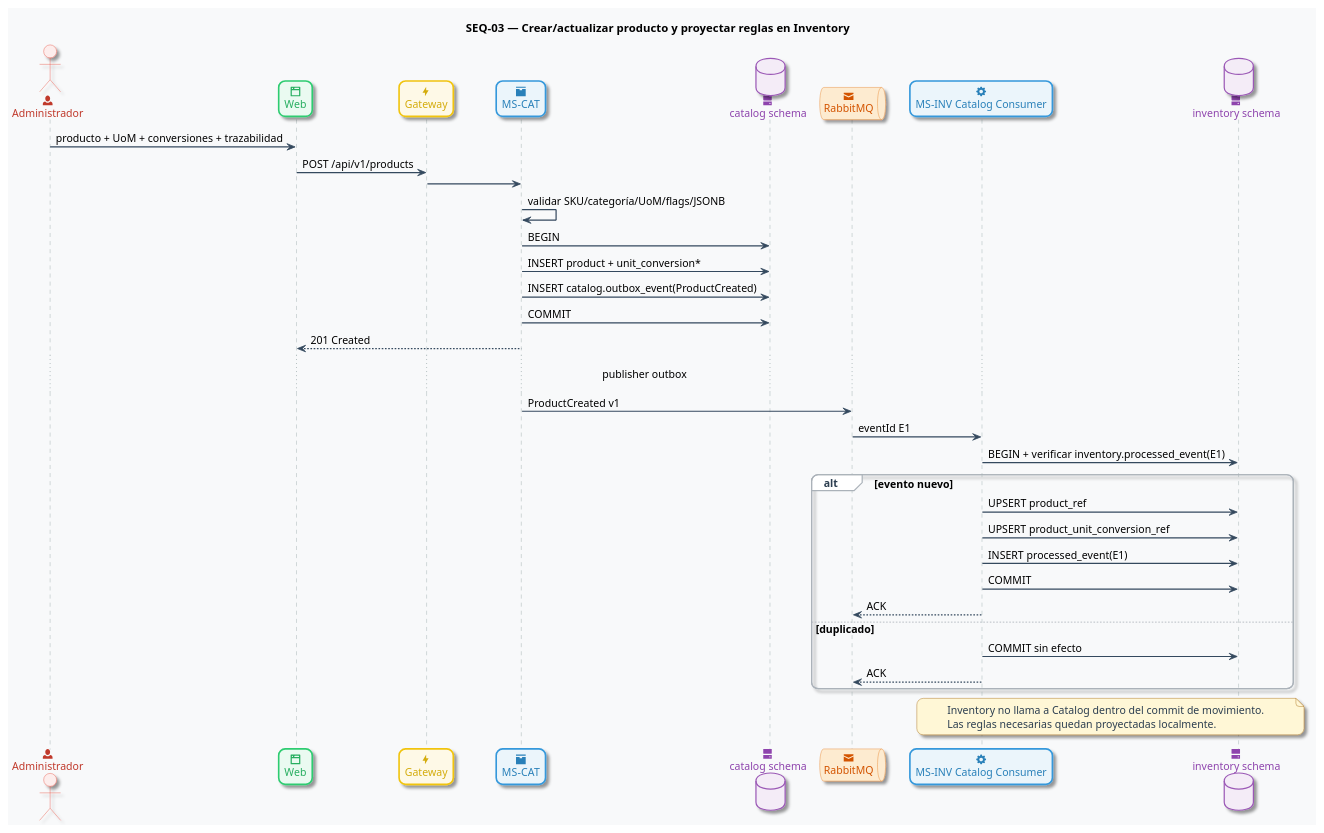
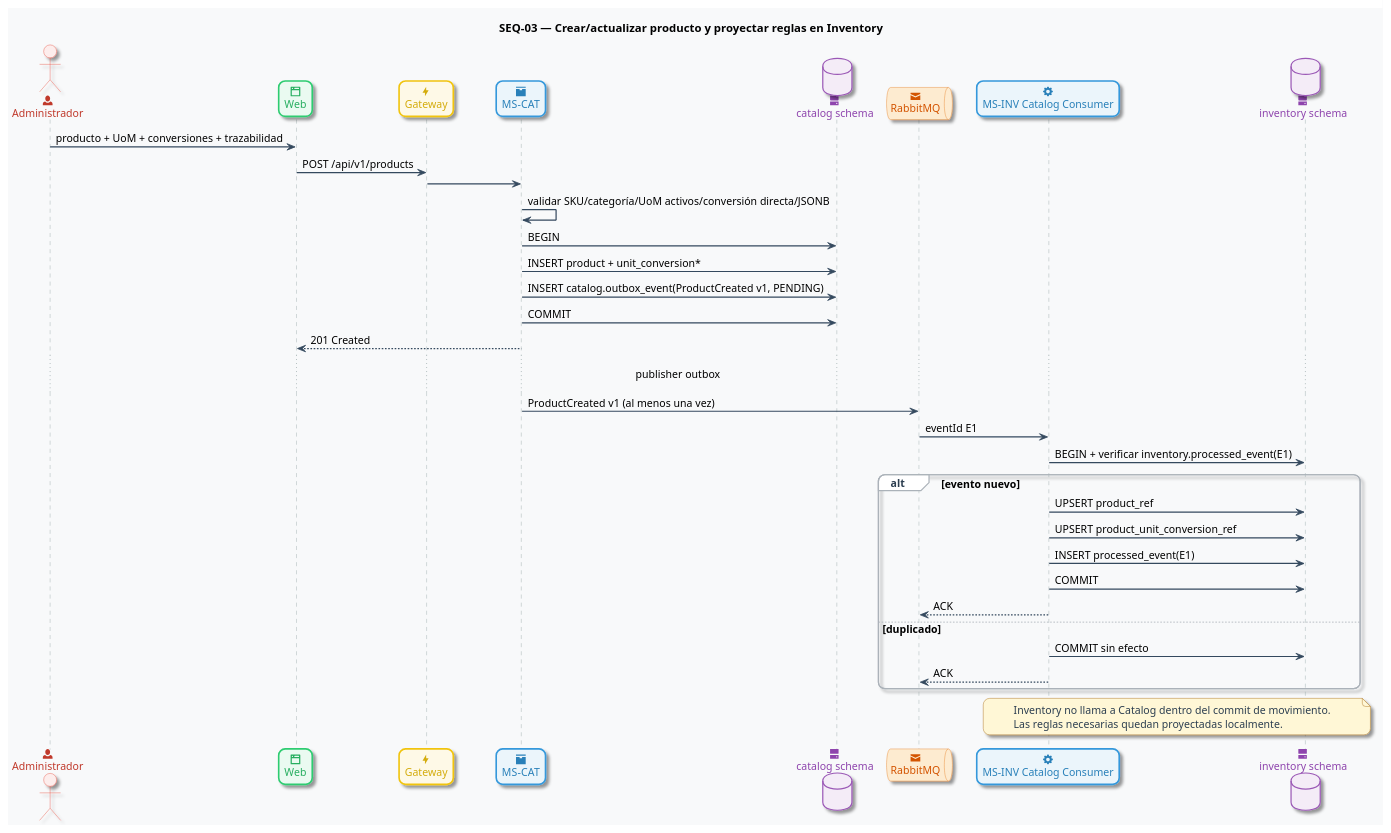
Before and after one commit to Emma3TC-main/siga-documentation: the diagram in SIGA_Documentacion_Tecnica_Final_v1.2/diagramas/secuencia/SEQ_03_Crear_Producto.puml, drawn with PlantUML. The commit also changed 11 other files, not shown here.

```diff
--- a/SIGA_Documentacion_Tecnica_Final_v1.2/diagramas/secuencia/SEQ_03_Crear_Producto.puml
+++ b/SIGA_Documentacion_Tecnica_Final_v1.2/diagramas/secuencia/SEQ_03_Crear_Producto.puml
@@ -1,106 +1,106 @@
 @startuml
 title SEQ-03 — Crear/actualizar producto y proyectar reglas en Inventory
 
 ' --- Configuración visual (Skinparams) Mejorada ---
 skinparam shadowing true
 skinparam roundcorner 16
 skinparam defaultFontName "Segoe UI", Helvetica, Arial, sans-serif
 skinparam defaultFontSize 13
 skinparam BackgroundColor #F8F9FA
 
 ' Ocultar las etiquetas de los estereotipos para mantener un diseño limpio
 hide stereotype
 
 ' --- Estilos base para Secuencia ---
 skinparam sequence {
   ArrowColor #34495E
   ArrowThickness 1.5
   LifeLineBorderColor #95A5A6
   LifeLineBackgroundColor #ECF0F1
   
   ParticipantBorderThickness 2
   ParticipantPadding 20
   
   ' Estilos de Grupos (alt/else)
   GroupHeaderFontColor #2C3E50
   GroupHeaderBackgroundColor #EAECEE
   GroupBorderColor #ABB2B9
   GroupBorderThickness 1.5
   GroupBackgroundColor #FFFFFF
 }
 
 ' --- Paleta de Colores Diferenciada por Componente ---
 skinparam actor {
   BackgroundColor<<User>> #FDEDEC
   BorderColor<<User>> #E74C3C
   FontColor<<User>> #C0392B
 }
 skinparam participant {
   BackgroundColor<<Client>> #EAFAF1
   BorderColor<<Client>> #2ECC71
   FontColor<<Client>> #27AE60
 
   BackgroundColor<<Gateway>> #FEF9E7
   BorderColor<<Gateway>> #F1C40F
   FontColor<<Gateway>> #D4AC0D
 
   BackgroundColor<<Microservice>> #EBF5FB
   BorderColor<<Microservice>> #3498DB
   FontColor<<Microservice>> #2980B9
 }
 skinparam database {
   BackgroundColor<<RDBMS>> #F4ECF7
   BorderColor<<RDBMS>> #9B59B6
   FontColor<<RDBMS>> #8E44AD
 }
 skinparam queue {
   BackgroundColor<<Queue>> #FDEBD0
   BorderColor<<Queue>> #E67E22
   FontColor<<Queue>> #D35400
 }
 skinparam note {
   BackgroundColor #FFF7D6
   BorderColor #A16207
   FontColor #2C3E50
 }
 
 ' --- Declaración de Participantes con Iconos y Estereotipos ---
 actor "<size:18><&person></size>\nAdministrador" as Administrador <<User>>
 participant "<size:18><&browser></size>\nWeb" as Web <<Client>>
 participant "<size:18><&bolt></size>\nGateway" as Gateway <<Gateway>>
 participant "<size:18><&box></size>\nMS-CAT" as CAT <<Microservice>>
 database "<size:18><&hard-drive></size>\ncatalog schema" as CDB <<RDBMS>>
 queue "<size:18><&envelope-closed></size>\nRabbitMQ" as RabbitMQ <<Queue>>
 participant "<size:18><&cog></size>\nMS-INV Catalog Consumer" as INV <<Microservice>>
 database "<size:18><&hard-drive></size>\ninventory schema" as IDB <<RDBMS>>
 
 ' --- Lógica y Contenido Original ---
 Administrador -> Web : producto + UoM + conversiones + trazabilidad
 Web -> Gateway : POST /api/v1/products
 Gateway -> CAT
-CAT -> CAT : validar SKU/categoría/UoM/flags/JSONB
+CAT -> CAT : validar SKU/categoría/UoM activos/conversión directa/JSONB
 CAT -> CDB : BEGIN
 CAT -> CDB : INSERT product + unit_conversion*
-CAT -> CDB : INSERT catalog.outbox_event(ProductCreated)
+CAT -> CDB : INSERT catalog.outbox_event(ProductCreated v1, PENDING)
 CAT -> CDB : COMMIT
 CAT --> Web : 201 Created
 ... publisher outbox ...
-CAT -> RabbitMQ : ProductCreated v1
+CAT -> RabbitMQ : ProductCreated v1 (al menos una vez)
 RabbitMQ -> INV : eventId E1
 INV -> IDB : BEGIN + verificar inventory.processed_event(E1)
 alt evento nuevo
  INV -> IDB : UPSERT product_ref
  INV -> IDB : UPSERT product_unit_conversion_ref
  INV -> IDB : INSERT processed_event(E1)
  INV -> IDB : COMMIT
  INV --> RabbitMQ : ACK
 else duplicado
  INV -> IDB : COMMIT sin efecto
  INV --> RabbitMQ : ACK
 end
 
 note over INV, IDB
 Inventory no llama a Catalog dentro del commit de movimiento.
 Las reglas necesarias quedan proyectadas localmente.
 end note
 @enduml
```
